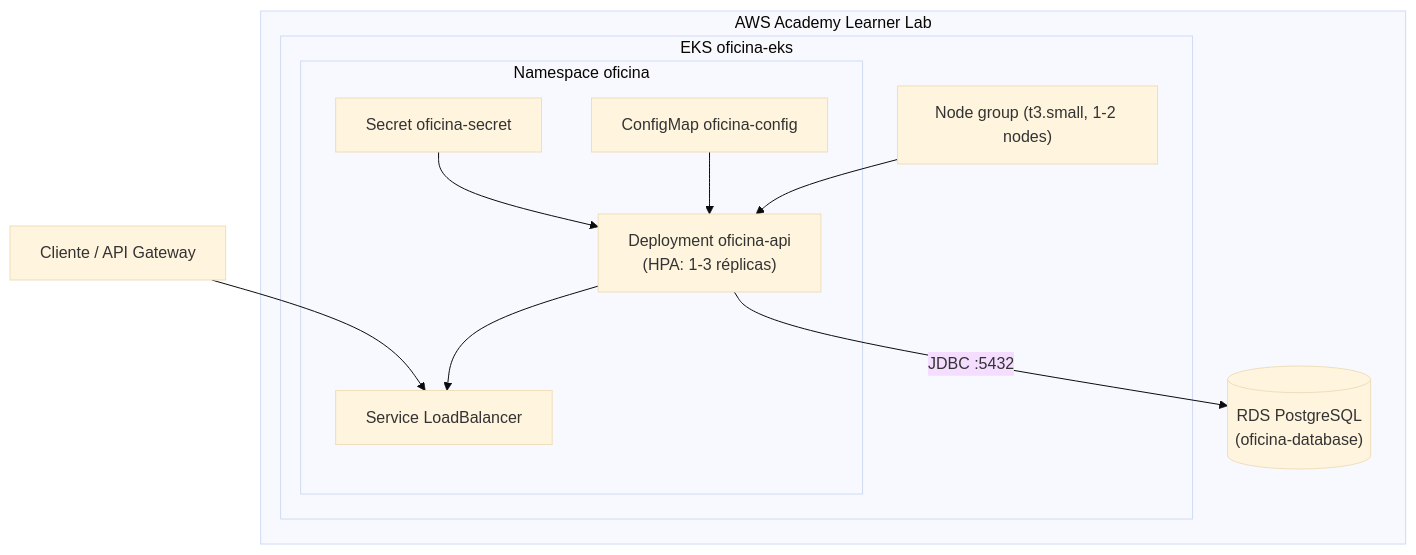
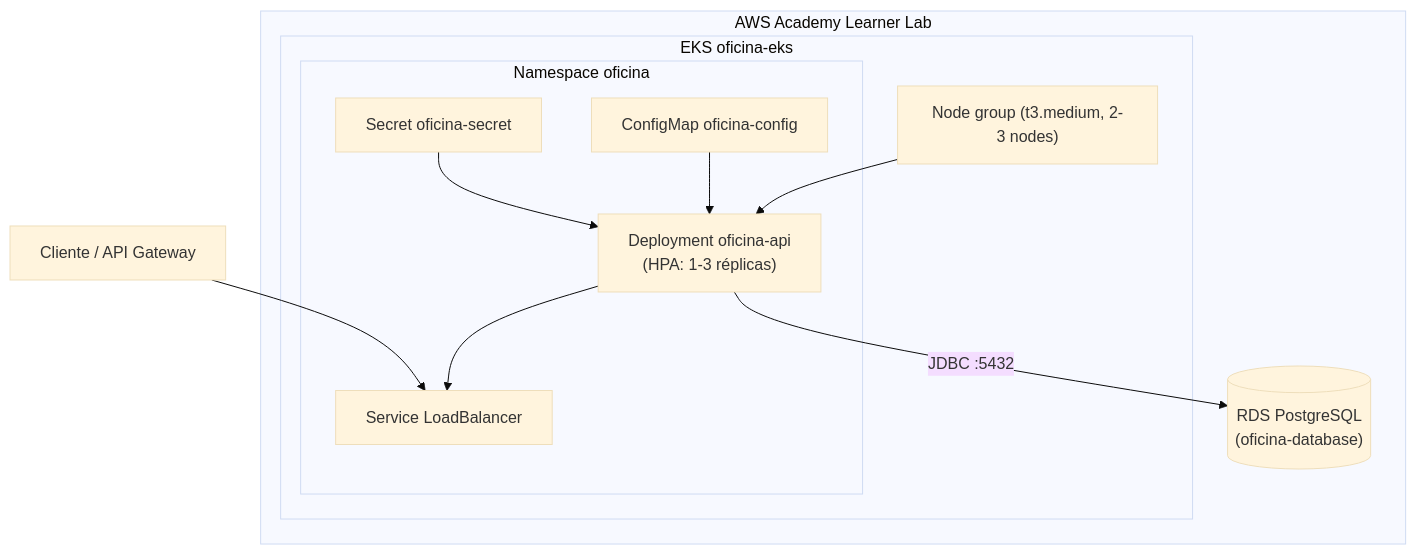
One commit to rremiao/oficina-kubernetes changed the diagram in README.md. Above: the diagram before and after it, drawn with Mermaid (base theme). The commit also changed other lines of this file and 3 other files, not shown here.

Commit message:
feat: cluster com 2 nodes t3.medium para os microsservicos da Fase 4 (#4)

````diff
--- a/README.md
+++ b/README.md
@@ -64,22 +64,22 @@
 ```mermaid
 flowchart TB
     subgraph AWS["AWS Academy Learner Lab"]
         subgraph EKS["EKS oficina-eks"]
-            NG["Node group (t3.small, 1-2 nodes)"]
+            NG["Node group (t3.medium, 2-3 nodes)"]
             subgraph NS["Namespace oficina"]
                 DEP["Deployment oficina-api\n(HPA: 1-3 réplicas)"]
                 CM["ConfigMap oficina-config"]
                 SEC["Secret oficina-secret"]
                 SVC["Service LoadBalancer"]
             end
             NG --> DEP
             CM --> DEP
             SEC --> DEP
             DEP --> SVC
         end
         RDS[("RDS PostgreSQL\n(oficina-database)")]
     end
 
     CLIENTE["Cliente / API Gateway"] --> SVC
     DEP -->|"JDBC :5432"| RDS
 ```
````
